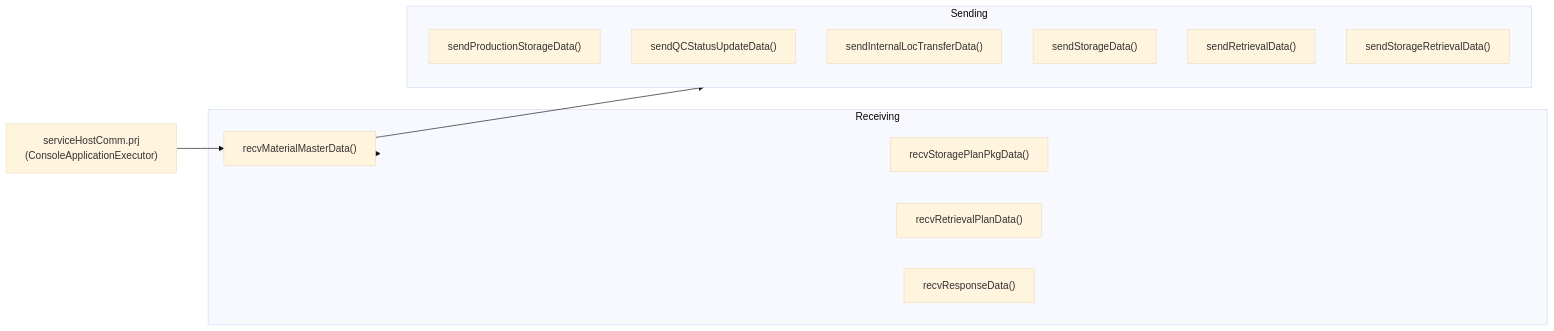
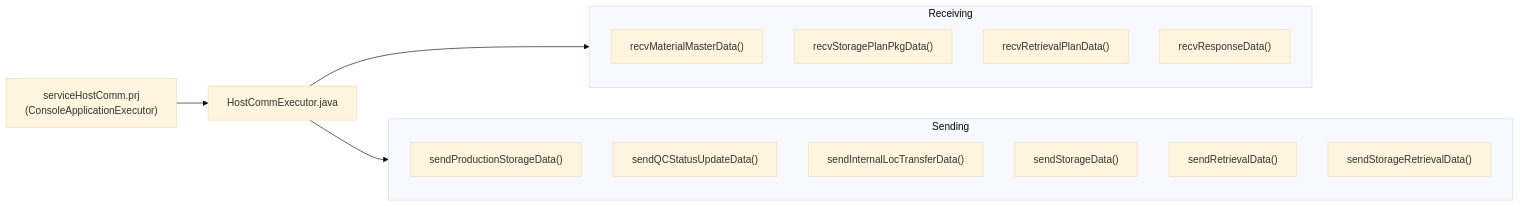
Before and after one commit to luthfiadityaa/SimeDarby-Wiki: the diagram in Basic-Design/Host-Interfaces.md, drawn with Mermaid (base theme).

Commit message:
Updated Host Interfaces

```diff
--- a/Basic-Design/Host-Interfaces.md
+++ b/Basic-Design/Host-Interfaces.md
@@ -32,25 +32,25 @@
 ::: mermaid
 flowchart LR
  C1["serviceHostComm.prj<br>(ConsoleApplicationExecutor)"]  
  C2["HostCommExecutor.java"]
  C1 --> C2
  C2 --> Receiving
  C2 --> Sending
 
 
 subgraph Receiving
- C2["recvMaterialMasterData()"]
- C3["recvStoragePlanPkgData()"]
- C4["recvRetrievalPlanData()"]
- C5["recvResponseData()"]
+ C3["recvMaterialMasterData()"]
+ C4["recvStoragePlanPkgData()"]
+ C5["recvRetrievalPlanData()"]
+ C6["recvResponseData()"]
 end
 
 subgraph Sending
- C6["sendProductionStorageData()"]
- C7["sendQCStatusUpdateData()"]
- C8["sendInternalLocTransferData()"]
- C9["sendStorageData()"]
- C10["sendRetrievalData()"]
- C11["sendStorageRetrievalData()"]
+ C7["sendProductionStorageData()"]
+ C8["sendQCStatusUpdateData()"]
+ C9["sendInternalLocTransferData()"]
+ C10["sendStorageData()"]
+ C11["sendRetrievalData()"]
+ C12["sendStorageRetrievalData()"]
 end
 :::
```
